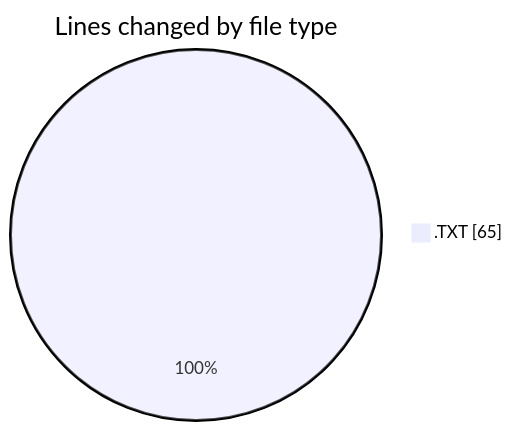
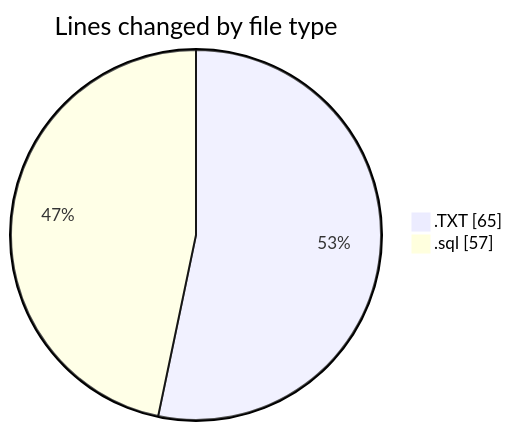
The first of 2 diagrams in 2026-09-22/cilwebcustomercomunicationfront/README.md (ricardozamudiocil/code-tracking), drawn with Mermaid before and after one commit. The commit also changed other lines of this file and 1 other file, not shown here.

````diff
--- a/2026-09-22/cilwebcustomercomunicationfront/README.md
+++ b/2026-09-22/cilwebcustomercomunicationfront/README.md
@@ -20,5 +21,6 @@
 ```mermaid
 pie showData
 title Lines changed by file type
 ".TXT" : 65
+".sql" : 57
 ```
````
